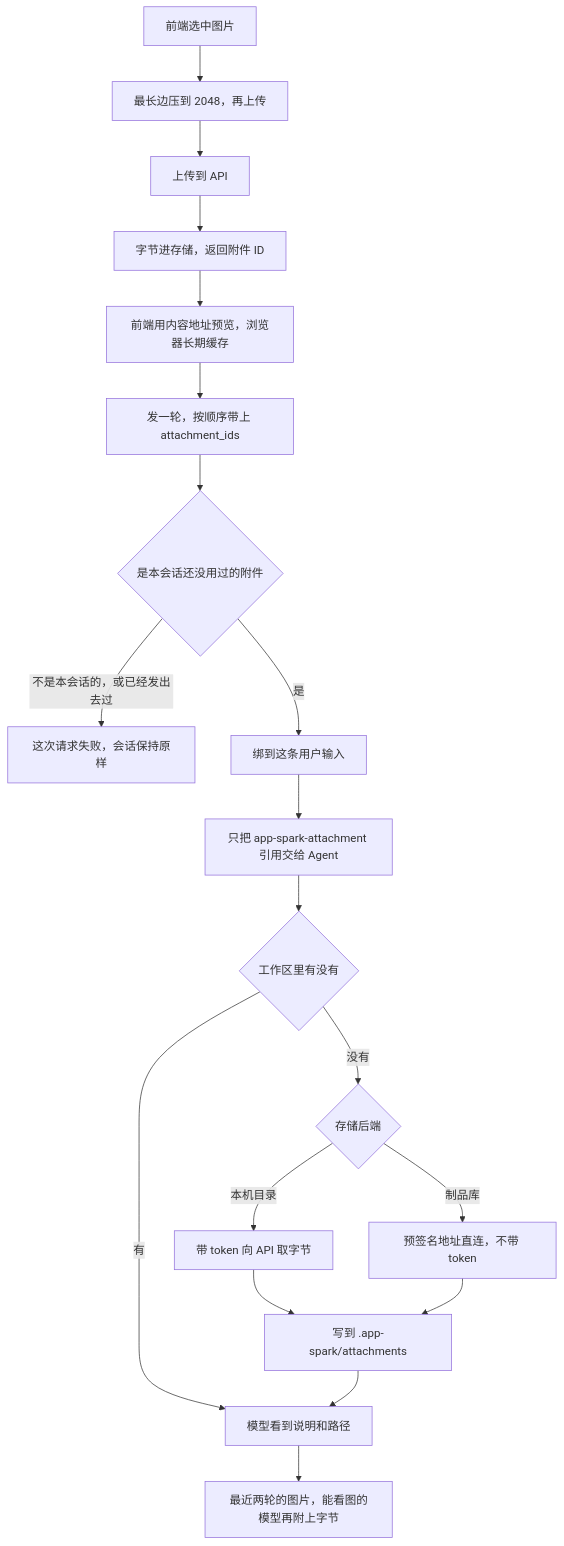
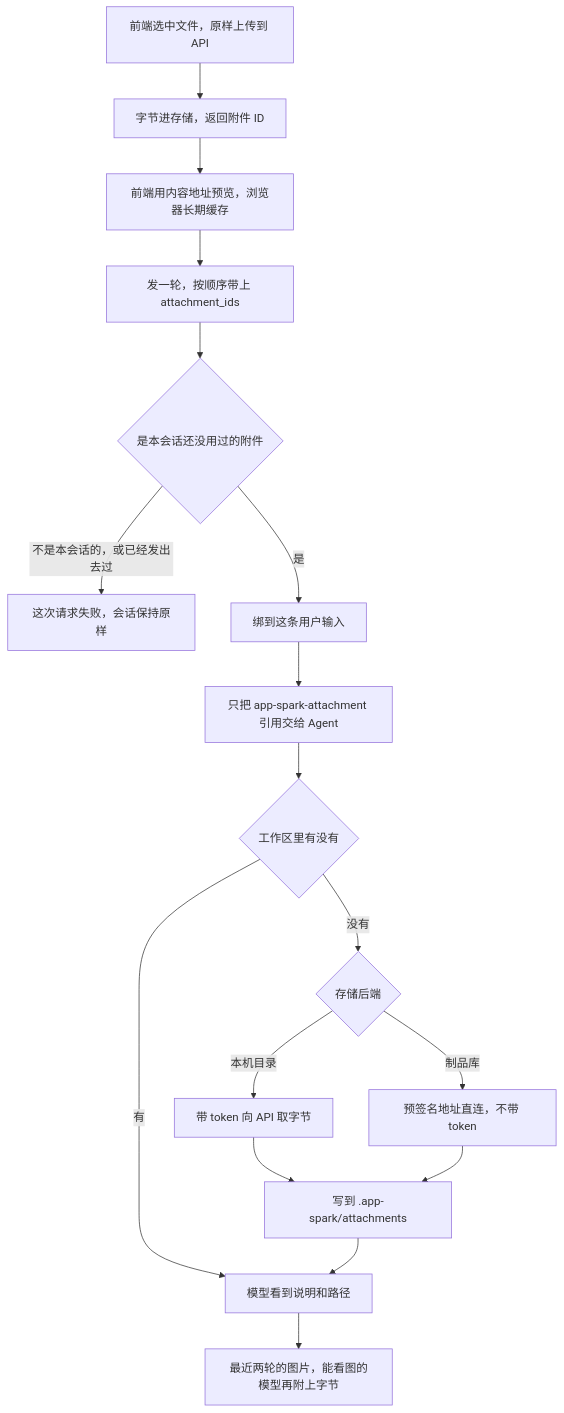
One commit to TencentBlueKing/blueking-paas changed the diagram in app-spark/design-notes/attachments.md. Above: the diagram before and after it, drawn with Mermaid. The commit also changed other lines of this file and 6 other files, not shown here.

````diff
--- a/app-spark/design-notes/attachments.md
+++ b/app-spark/design-notes/attachments.md
@@ -38,21 +38,19 @@
 ```mermaid
 flowchart TD
-    pick[前端选中图片] --> shrink[最长边压到 2048，再上传]
-    shrink --> upload[上传到 API]
-    upload --> saved[字节进存储，返回附件 ID]
+    pick[前端选中文件，原样上传到 API] --> saved[字节进存储，返回附件 ID]
     saved --> preview[前端用内容地址预览，浏览器长期缓存]
     preview --> send[发一轮，按顺序带上 attachment_ids]
     send --> check{是本会话还没用过的附件}
     check -->|不是本会话的，或已经发出去过| reject[这次请求失败，会话保持原样]
     check -->|是| bind[绑到这条用户输入]
     bind --> ref[只把 app-spark-attachment 引用交给 Agent]
     ref --> have{工作区里有没有}
     have -->|有| show[模型看到说明和路径]
     have -->|没有| backend{存储后端}
     backend -->|本机目录| viaApi[带 token 向 API 取字节]
     backend -->|制品库| viaRepo[预签名地址直连，不带 token]
     viaApi --> disk[写到 .app-spark/attachments]
     viaRepo --> disk
     disk --> show
     show --> image[最近两轮的图片，能看图的模型再附上字节]
 ```
````
